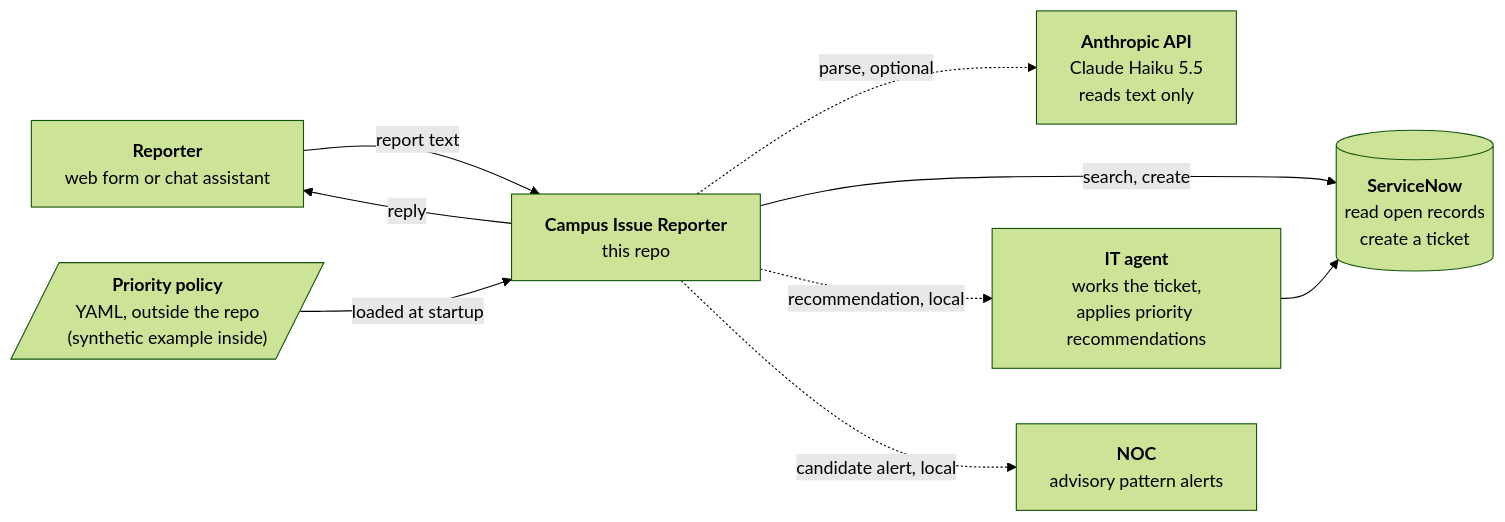
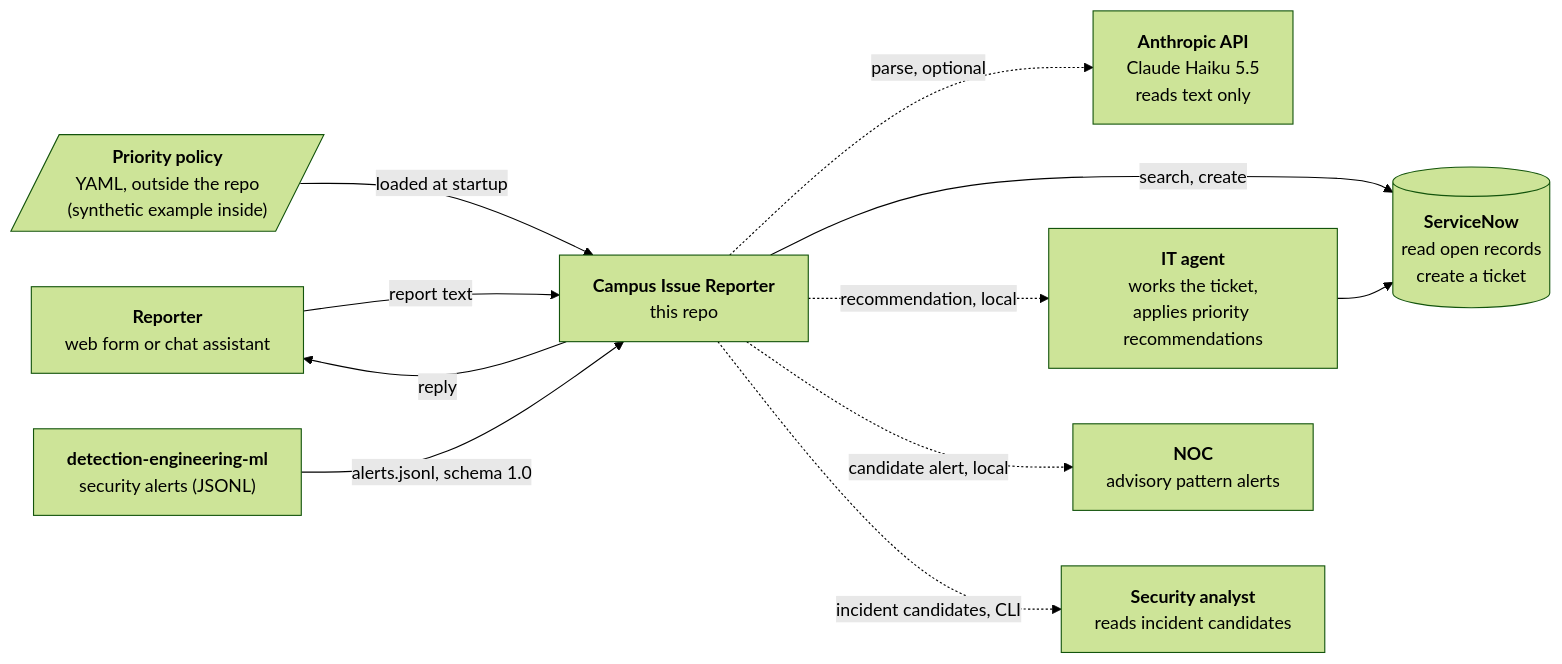
Before and after one commit to Skipa776/selfserviceagent: the first of 6 diagrams in docs/ARCHITECTURE.md, drawn with Mermaid (forest theme). The commit also changed other lines of this file and 11 other files, not shown here.

````diff
--- a/docs/ARCHITECTURE.md
+++ b/docs/ARCHITECTURE.md
@@ -10,19 +10,23 @@
 ```mermaid
 flowchart LR
     reporter["<b>Reporter</b><br/>web form or chat assistant"]
     svc["<b>Campus Issue Reporter</b><br/>this repo"]
     claude["<b>Anthropic API</b><br/>Claude Haiku 5.5<br/>reads text only"]
+    detml["<b>detection-engineering-ml</b><br/>security alerts (JSONL)"]
+    analyst["<b>Security analyst</b><br/>reads incident candidates"]
     snow[("<b>ServiceNow</b><br/>read open records<br/>create a ticket")]
     policy[/"<b>Priority policy</b><br/>YAML, outside the repo<br/>(synthetic example inside)"/]
     it["<b>IT agent</b><br/>works the ticket,<br/>applies priority recommendations"]
     noc["<b>NOC</b><br/>advisory pattern alerts"]
 
     reporter -->|report text| svc
     svc -->|reply| reporter
     svc -.->|parse, optional| claude
     svc -->|search, create| snow
     policy -->|loaded at startup| svc
     svc -.->|recommendation, local| it
     svc -.->|candidate alert, local| noc
     it --> snow
+    detml -->|alerts.jsonl, schema 1.0| svc
+    svc -.->|incident candidates, CLI| analyst
 ```
````
